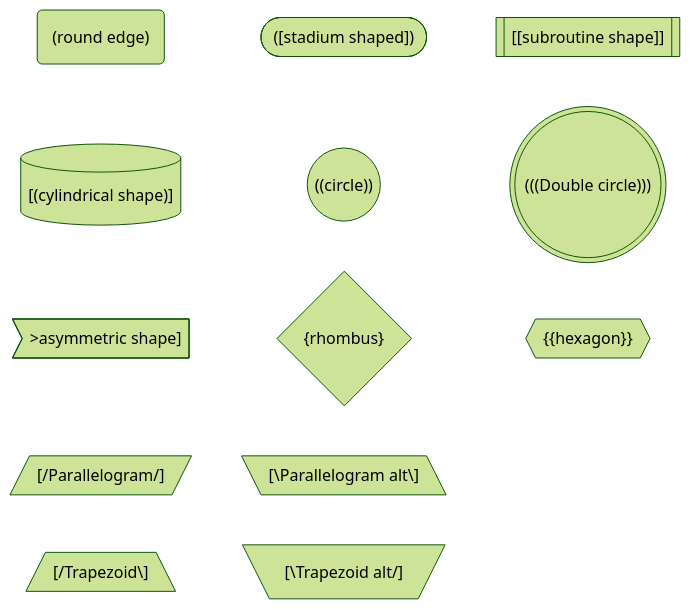
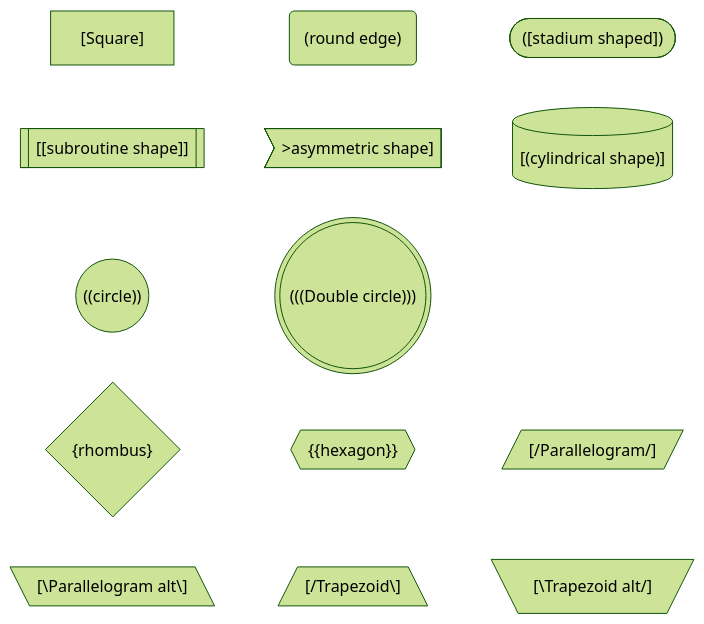
One commit to freerer2/quartz changed the second of 5 diagrams in content/개발언어/Obsidian/Mermaid/Flowchart.md. Above: the diagram before and after it, drawn with Mermaid (forest theme). The commit also changed other lines of this file and 4 other files, not shown here.

````diff
--- a/content/개발언어/Obsidian/Mermaid/Flowchart.md
+++ b/content/개발언어/Obsidian/Mermaid/Flowchart.md
@@ -15,22 +15,23 @@
 ```mermaid
 flowchart LR
-    a(#40;round edge#41;)
-	b([#40;#91;stadium shaped#93;#41;])
-    c[[#91;#91;subroutine shape#93;#93;]]
-    d[(#91;#40;cylindrical shape#41;#93;)]
-    e((#40;#40;circle#41;#41;))
-    f(((#40;#40;#40;Double circle#41;#41;#41;)))
-    g>#62;asymmetric shape#93;]
-    h{#123;rhombus#125;}
-    i{{#123;#123;hexagon#125;#125;}}
-    j[/#91;#47;Parallelogram#47;#93;/] 
-    k[\#91;#92;Parallelogram alt#92;#93;\]
-    l[/#91;#47;Trapezoid#92;#93;\]
-    m[\#91;#92;Trapezoid alt#47;#93;/]
+    a[#91;Square#93;]
+    b(#40;round edge#41;)
+	c([#40;#91;stadium shaped#93;#41;])
+    d[[#91;#91;subroutine shape#93;#93;]]
+    e>#62;asymmetric shape#93;]
+    f[(#91;#40;cylindrical shape#41;#93;)]
+    g((#40;#40;circle#41;#41;))
+    h(((#40;#40;#40;Double circle#41;#41;#41;)))
+    i{#123;rhombus#125;}
+    j{{#123;#123;hexagon#125;#125;}}
+    k[/#91;#47;Parallelogram#47;#93;/] 
+    l[\#91;#92;Parallelogram alt#92;#93;\]
+    m[/#91;#47;Trapezoid#92;#93;\]
+    n[\#91;#92;Trapezoid alt#47;#93;/]
     
 	a ~~~ b ~~~ c
 	d ~~~ e ~~~ f
-	g ~~~ h ~~~ i
-	j ~~~ k
-	l ~~~m
+	g ~~~ h
+	i ~~~ j ~~~ k
+	l ~~~ m ~~~ n
 ```
````
